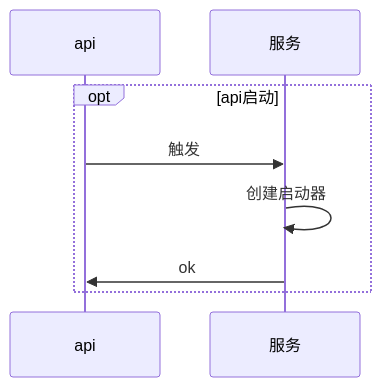
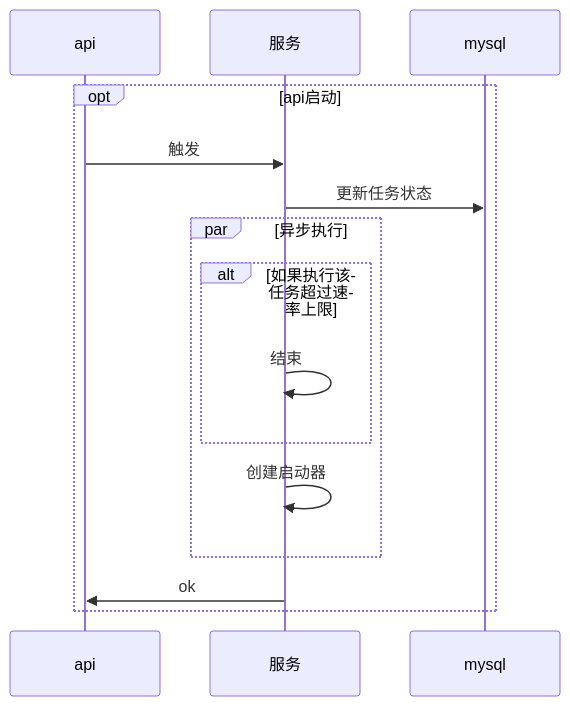
The fifth of 5 diagrams in readme.md (zlyuancn/batch_job), drawn with Mermaid before and after one commit. The commit also changed other lines of this file and 15 other files, not shown here.

````diff
--- a/readme.md
+++ b/readme.md
@@ -228,11 +231,18 @@
 ```mermaid
 sequenceDiagram
 participant api
 participant b as 服务
+participant d as mysql
 
 opt api启动
 api ->> b: 触发
-b ->> b: 创建启动器
+b ->> d: 更新任务状态
+par 异步执行
+  alt 如果执行该任务超过速率上限
+    b ->> b: 结束
+  end
+  b ->> b: 创建启动器
+end
 b ->> api: ok
 end
 ```
````
